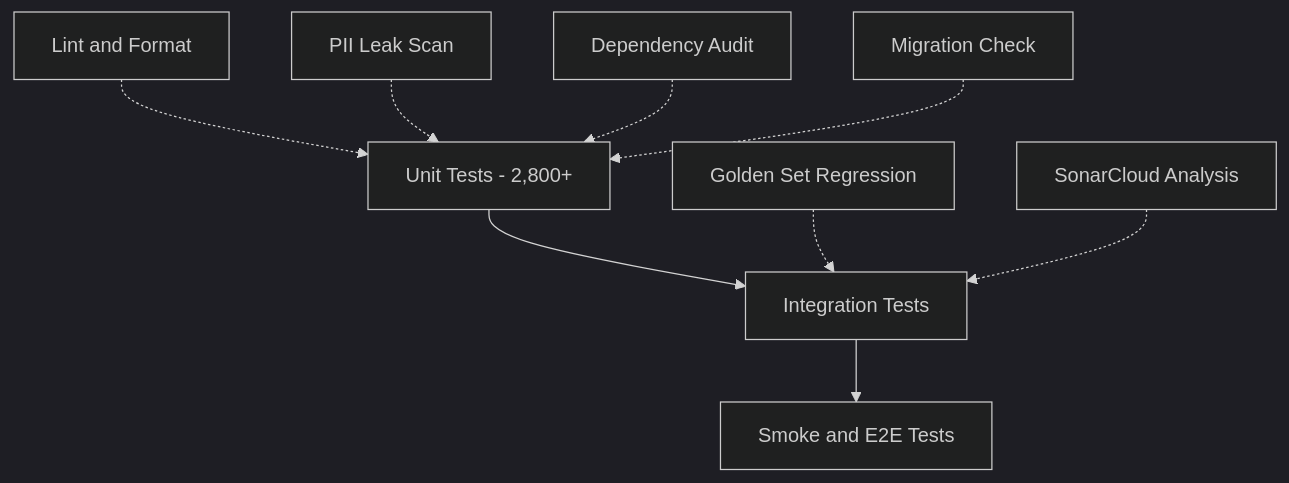
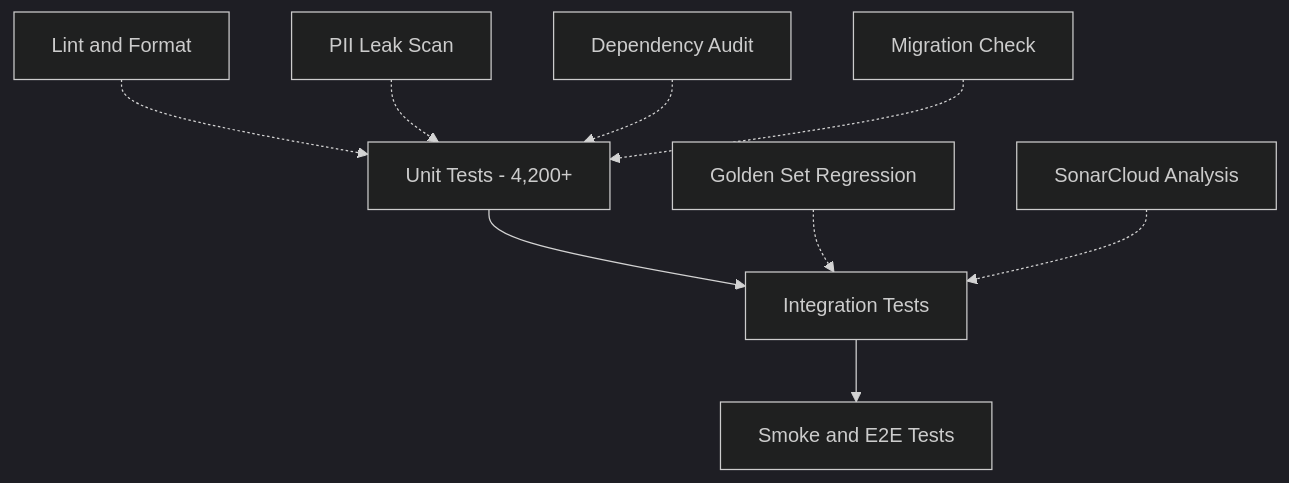
One commit to pleasedodisturb/kestrel changed the first of 2 diagrams in docs/guides/how-testing-works.md. Above: the diagram before and after it, drawn with Mermaid (dark theme). The commit also changed other lines of this file, not shown here.

````diff
--- a/docs/guides/how-testing-works.md
+++ b/docs/guides/how-testing-works.md
@@ -23,13 +23,13 @@
 ```mermaid
 flowchart TD
-    UNIT[Unit Tests - 2,800+] --> INT[Integration Tests]
+    UNIT[Unit Tests - 4,200+] --> INT[Integration Tests]
     INT --> E2E[Smoke and E2E Tests]
 
     LINT[Lint and Format] -.-> UNIT
     PII_G[PII Leak Scan] -.-> UNIT
     DEP[Dependency Audit] -.-> UNIT
     MIG[Migration Check] -.-> UNIT
 
     GOLDEN[Golden Set Regression] -.-> INT
     SONAR[SonarCloud Analysis] -.-> INT
 ```
````
